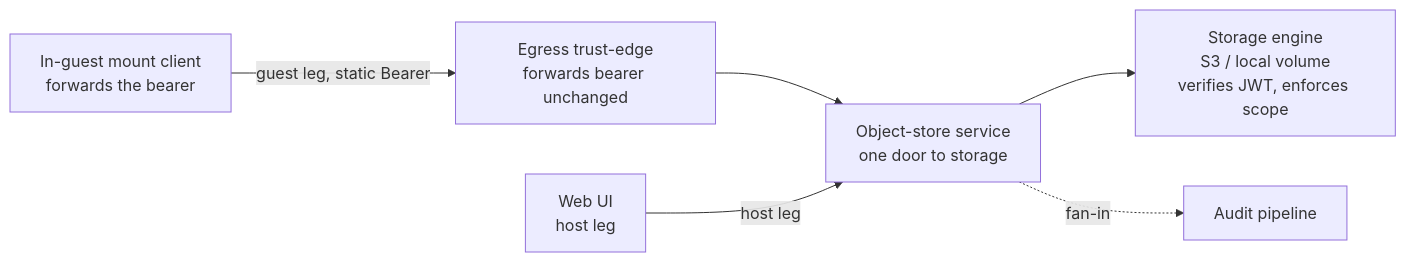
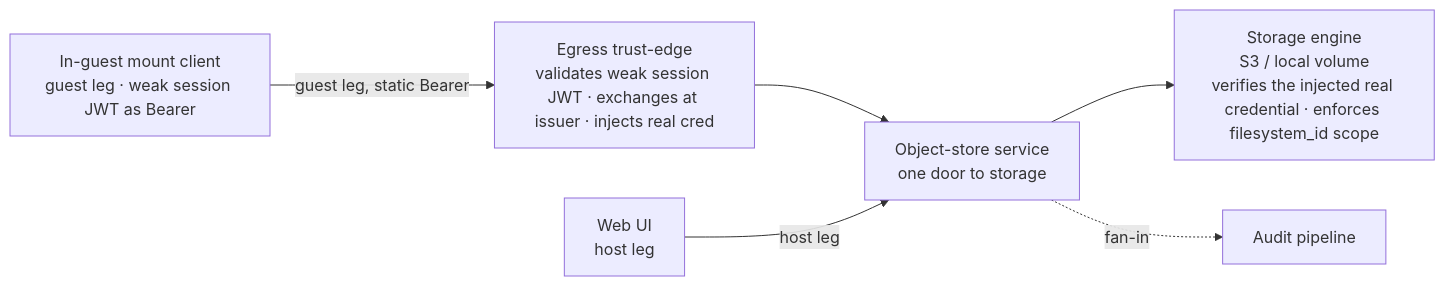
Before and after one commit to Wide-Moat/open-computer-use: the diagram in docs/architecture/components/04-object-store-service.md, drawn with Mermaid. The commit also changed other lines of this file and 26 other files, not shown here.

````diff
--- a/docs/architecture/components/04-object-store-service.md
+++ b/docs/architecture/components/04-object-store-service.md
@@ -30,14 +30,14 @@
 ```mermaid
 flowchart LR
-    MC["In-guest mount client<br/>forwards the bearer"]
+    MC["In-guest mount client<br/>guest leg · weak session JWT as Bearer"]
     WEBUI["Web UI<br/>host leg"]
-    EGRESS["Egress trust-edge<br/>forwards bearer unchanged"]
+    EGRESS["Egress trust-edge<br/>validates weak session JWT · exchanges at issuer · injects real cred"]
     OSS["Object-store service<br/>one door to storage"]
-    ENG["Storage engine<br/>S3 / local volume<br/>verifies JWT, enforces scope"]
+    ENG["Storage engine<br/>S3 / local volume<br/>verifies the injected real credential · enforces filesystem_id scope"]
     AUDIT["Audit pipeline"]
     MC -->|"guest leg, static Bearer"| EGRESS
     EGRESS --> OSS
     WEBUI -->|"host leg"| OSS
     OSS --> ENG
     OSS -.->|"fan-in"| AUDIT
 ```
````
